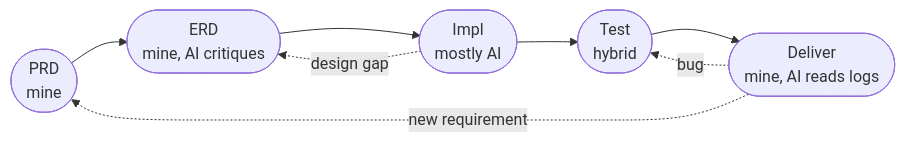
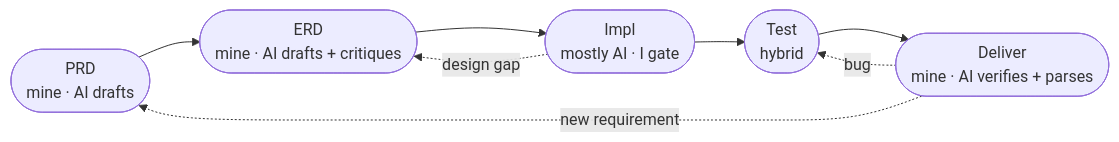
Before and after one commit to NickChunglolz/mywebapp: the first of 2 diagrams in content/posts/shipping-with-ai.md, drawn with Mermaid. The commit also changed other lines of this file, not shown here.

````diff
--- a/content/posts/shipping-with-ai.md
+++ b/content/posts/shipping-with-ai.md
@@ -18,10 +18,10 @@
 ```mermaid
 flowchart LR
-    PRD([PRD<br/>mine]) --> ERD([ERD<br/>mine, AI critiques])
-    ERD --> IMPL([Impl<br/>mostly AI])
+    PRD([PRD<br/>mine · AI drafts]) --> ERD([ERD<br/>mine · AI drafts + critiques])
+    ERD --> IMPL([Impl<br/>mostly AI · I gate])
     IMPL --> TEST([Test<br/>hybrid])
-    TEST --> DELIVER([Deliver<br/>mine, AI reads logs])
+    TEST --> DELIVER([Deliver<br/>mine · AI verifies + parses])
     DELIVER -.->|new requirement| PRD
     DELIVER -.->|bug| TEST
     IMPL -.->|design gap| ERD
 ```
````
